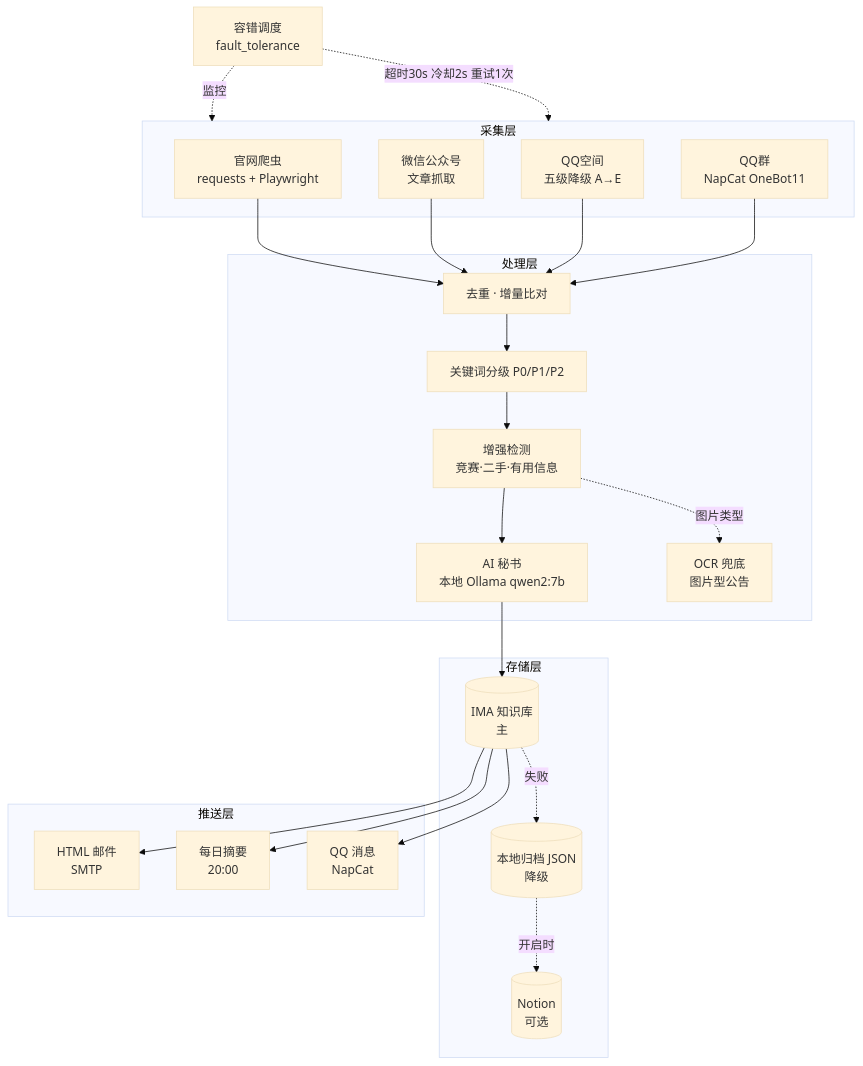
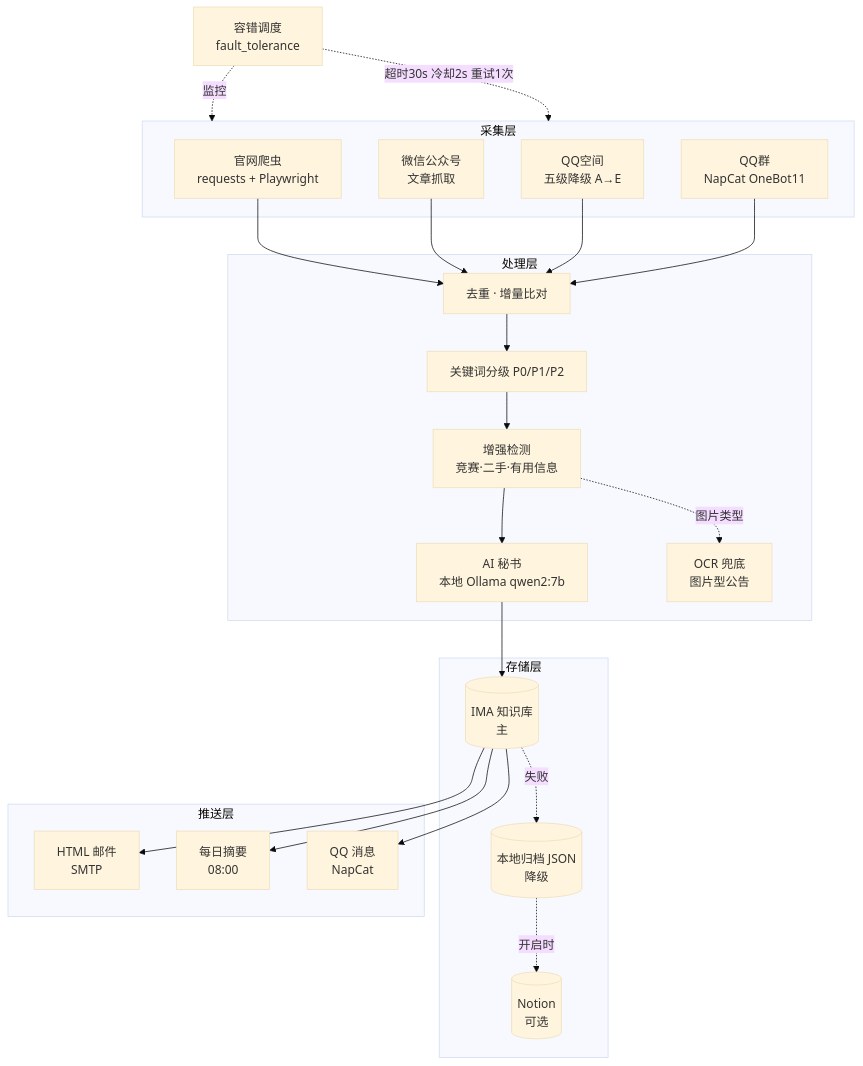
Before and after one commit to smiling66652/hfut_info_monitor: the diagram in README.md, drawn with Mermaid (base theme). The commit also changed other lines of this file, not shown here.

Commit message:
docs(readme): 日报时间统一为 08:00
用户确认《每日情报》实际发送时间是每天 08:00，修正两处 20:00 的旧口径：
能力表「推得到」一行与架构图推送层 D2 节点。

````diff
--- a/README.md
+++ b/README.md
@@ -57,45 +57,45 @@
 ```mermaid
 graph TB
     subgraph COLLECT[采集层]
         A1[官网爬虫<br/>requests + Playwright]
         A2[微信公众号<br/>文章抓取]
         A3[QQ空间<br/>五级降级 A→E]
         A4[QQ群<br/>NapCat OneBot11]
     end
 
     subgraph PROC[处理层]
         B1[去重 · 增量比对]
         B2[关键词分级 P0/P1/P2]
         B3[增强检测<br/>竞赛·二手·有用信息]
         B4[AI 秘书<br/>本地 Ollama qwen2:7b]
         B5[OCR 兜底<br/>图片型公告]
     end
 
     subgraph STORE[存储层]
         C1[(IMA 知识库<br/>主)]
         C2[(本地归档 JSON<br/>降级)]
         C3[(Notion<br/>可选)]
     end
 
     subgraph PUSH[推送层]
         D1[HTML 邮件<br/>SMTP]
-        D2[每日摘要<br/>20:00]
+        D2[每日摘要<br/>08:00]
         D3[QQ 消息<br/>NapCat]
     end
 
     A1 --> B1
     A2 --> B1
     A3 --> B1
     A4 --> B1
     B1 --> B2 --> B3 --> B4
     B3 -.图片类型.-> B5
     B4 --> C1
     C1 -.失败.-> C2
     C2 -.开启时.-> C3
     C1 --> D1
     C1 --> D2
     C1 --> D3
 
     E[容错调度<br/>fault_tolerance] -.监控.-> COLLECT
     E -.超时30s 冷却2s 重试1次.-> COLLECT
 ```
````
